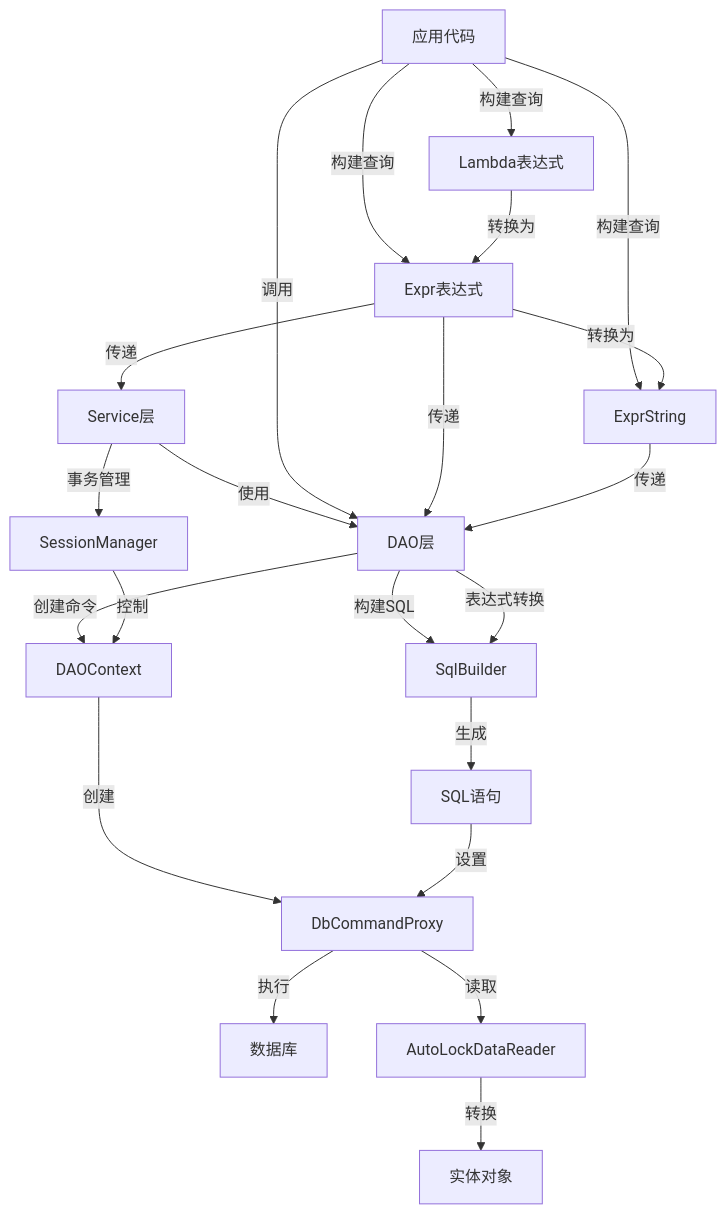
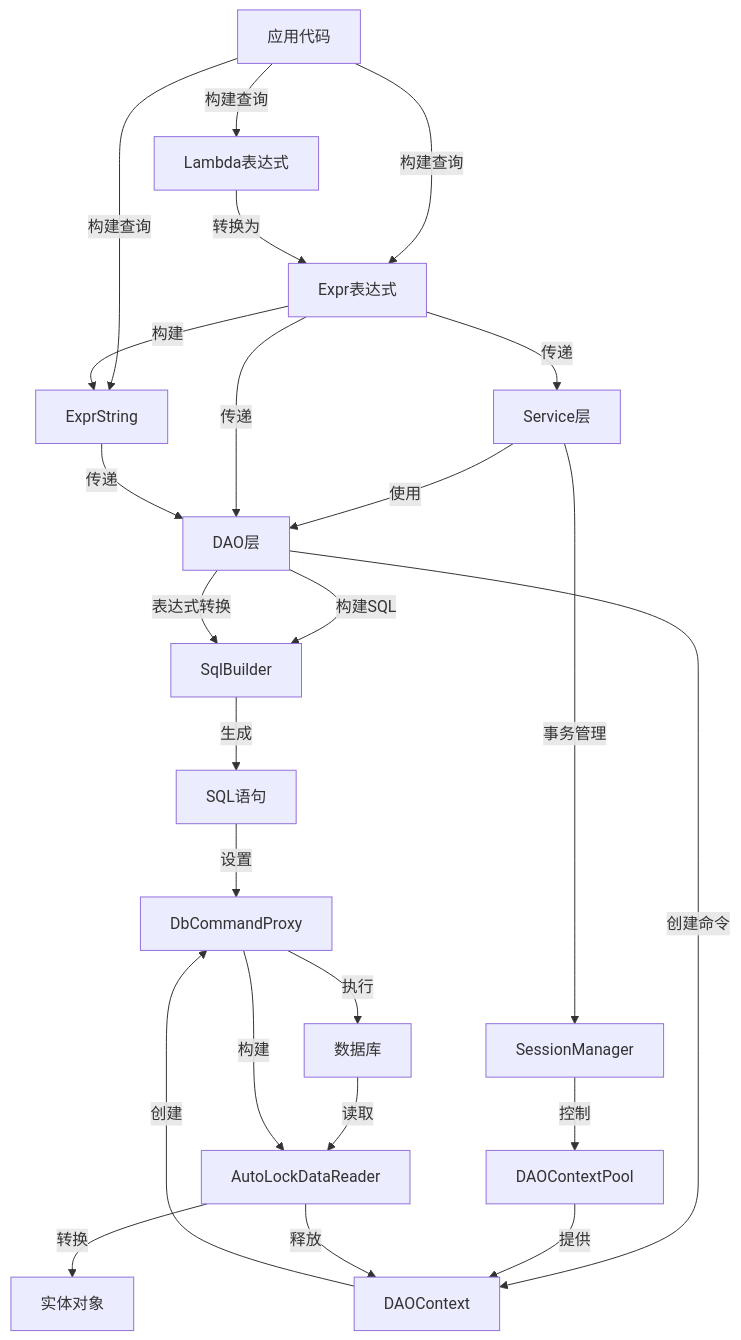
The diagram in CODE_WIKI.md (danjiewu/LiteOrm), drawn with Mermaid before and after one commit. The commit also changed other lines of this file, not shown here.

````diff
--- a/CODE_WIKI.md
+++ b/CODE_WIKI.md
@@ -99,26 +99,28 @@
 ```mermaid
 flowchart TD
     A[应用代码]
     B[Service层]
     B -->|使用| C[DAO层]
-    A -->|调用| C
     C -->|构建SQL| D[SqlBuilder]
     C -->|创建命令| E[DAOContext]
     E -->|创建| J[DbCommandProxy]
     J -->|执行| F[数据库]
-    J -->|读取| K[AutoLockDataReader]
+    F -->|读取| K[AutoLockDataReader]
+    J -->|构建| K
     K -->|转换| L[实体对象]
     A -->|构建查询| G1[Lambda表达式]
     A -->|构建查询| G2[Expr表达式]
     A -->|构建查询| G3[ExprString]
     G1 -->|转换为| G2
-    G2 -->|转换为| G3
+    G2 -->|构建| G3
     G2 -->|传递| B
     G2 -->|传递| C
     G3 -->|传递| C
     C -->|表达式转换| D
     D -->|生成| H[SQL语句]
     H -->|设置| J
     B -->|事务管理| I[SessionManager]
-    I -->|控制| E
+    I -->|控制| P[DAOContextPool]
+    P -->|提供| E
+    K -->|释放| E
 ```
````
